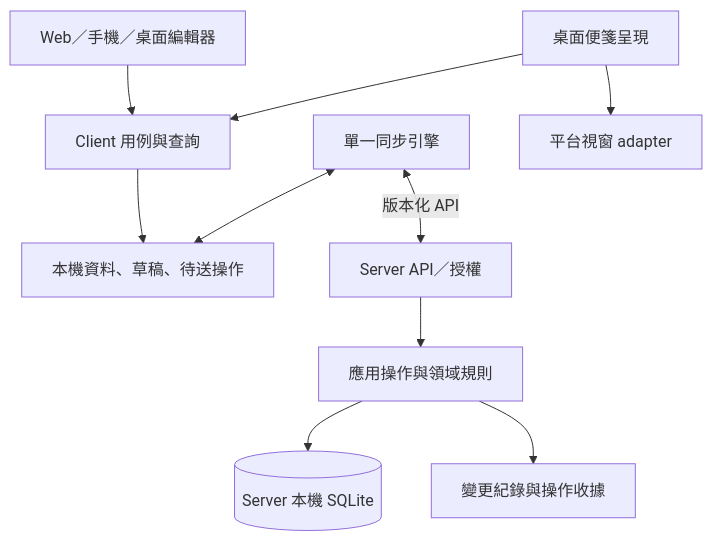
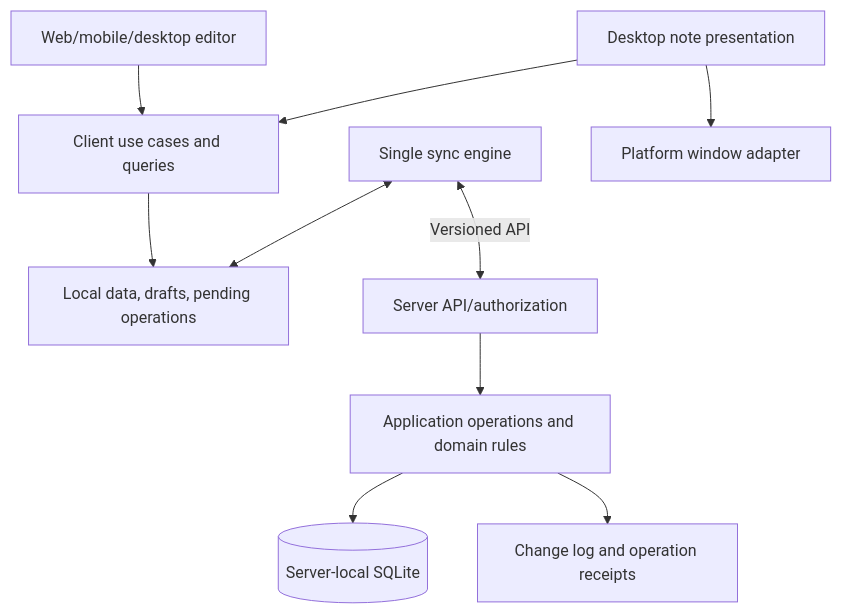
The diagram in docs/research/2026-10-03-product-architecture-blueprint.md (sammykenny2/desktop-work-fleet), drawn with Mermaid before and after one commit. The commit also changed other lines of this file and 130 other files, not shown here.

````diff
--- a/docs/research/2026-10-03-product-architecture-blueprint.md
+++ b/docs/research/2026-10-03-product-architecture-blueprint.md
@@ -90,12 +90,12 @@
 ```mermaid
 flowchart TB
-  Editor[Web／手機／桌面編輯器] --> UseCases[Client 用例與查詢]
-  Cards[桌面便箋呈現] --> UseCases
-  UseCases --> Local[本機資料、草稿、待送操作]
-  Sync[單一同步引擎] <--> Local
-  Sync <-->|版本化 API| API[Server API／授權]
-  API --> Commands[應用操作與領域規則]
-  Commands --> DB[(Server 本機 SQLite)]
-  Commands --> Changes[變更紀錄與操作收據]
-  Cards --> Platform[平台視窗 adapter]
+  Editor[Web/mobile/desktop editor] --> UseCases[Client use cases and queries]
+  Cards[Desktop note presentation] --> UseCases
+  UseCases --> Local[Local data, drafts, pending operations]
+  Sync[Single sync engine] <--> Local
+  Sync <-->|Versioned API| API[Server API/authorization]
+  API --> Commands[Application operations and domain rules]
+  Commands --> DB[(Server-local SQLite)]
+  Commands --> Changes[Change log and operation receipts]
+  Cards --> Platform[Platform window adapter]
 ```
````
